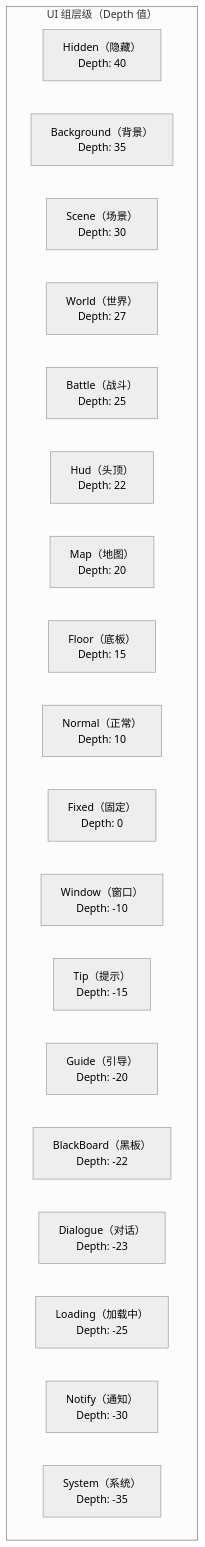
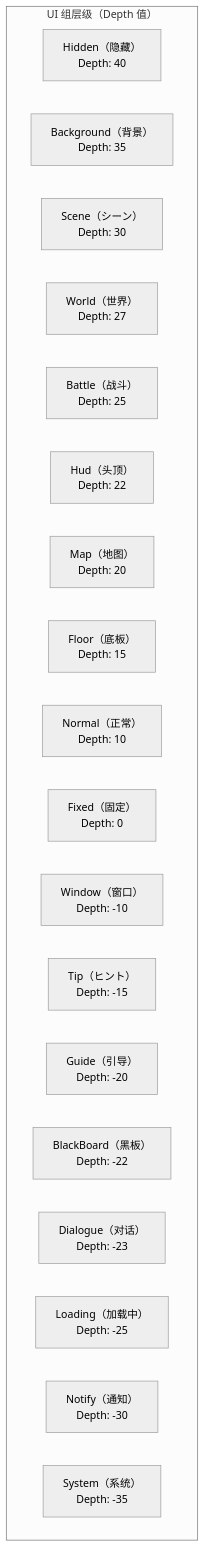
One commit to AlianBlank/GameFrameX.Docs changed the diagram in docs/ja/client/unity/component/ui/05.ui-attributes.md. Above: the diagram before and after it, drawn with Mermaid (neutral theme). The commit also changed other lines of this file and 603 other files, not shown here.

````diff
--- a/docs/ja/client/unity/component/ui/05.ui-attributes.md
+++ b/docs/ja/client/unity/component/ui/05.ui-attributes.md
@@ -250,23 +250,23 @@
 ```mermaid
 graph TD
     subgraph UI层级["UI 组层级（Depth 值）"]
         A["Hidden（隐藏）<br/>Depth: 40"] 
         B["Background（背景）<br/>Depth: 35"]
-        C["Scene（场景）<br/>Depth: 30"]
+        C["Scene（シーン）<br/>Depth: 30"]
         D["World（世界）<br/>Depth: 27"]
         E["Battle（战斗）<br/>Depth: 25"]
         F["Hud（头顶）<br/>Depth: 22"]
         G["Map（地图）<br/>Depth: 20"]
         H["Floor（底板）<br/>Depth: 15"]
         I["Normal（正常）<br/>Depth: 10"]
         J["Fixed（固定）<br/>Depth: 0"]
         K["Window（窗口）<br/>Depth: -10"]
-        L["Tip（提示）<br/>Depth: -15"]
+        L["Tip（ヒント）<br/>Depth: -15"]
         M["Guide（引导）<br/>Depth: -20"]
         N["BlackBoard（黑板）<br/>Depth: -22"]
         O["Dialogue（对话）<br/>Depth: -23"]
         P["Loading（加载中）<br/>Depth: -25"]
         Q["Notify（通知）<br/>Depth: -30"]
         R["System（系统）<br/>Depth: -35"]
     end
 ```
````
